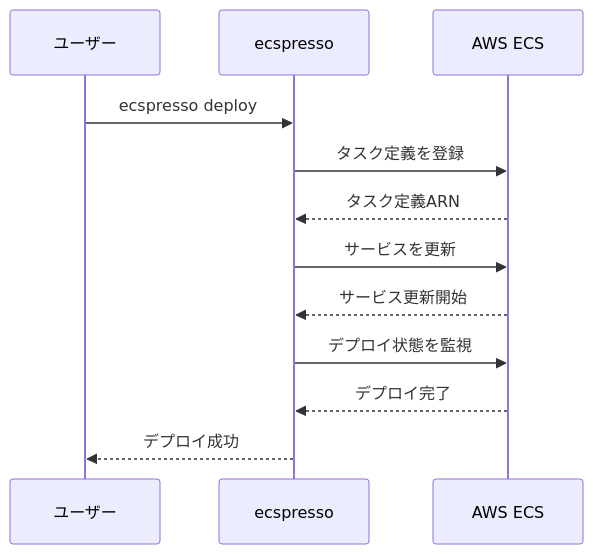
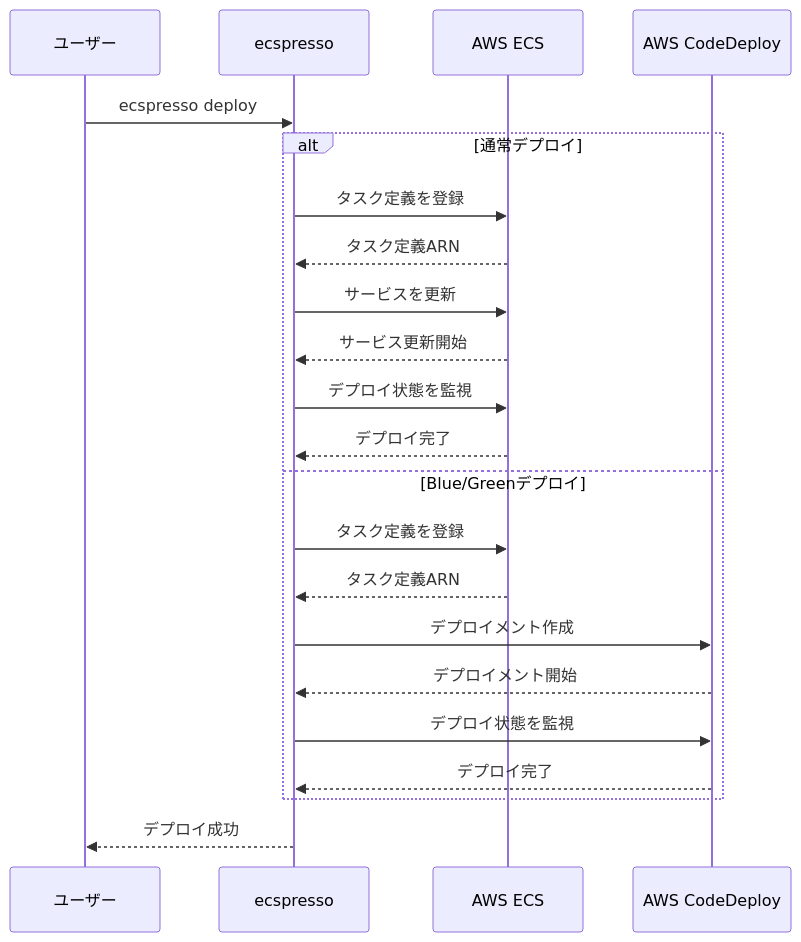
The diagram in ecspresso/commands/deployment.md (bufferings/devin-docs), drawn with Mermaid before and after one commit. The commit also changed other lines of this file and 5 other files, not shown here.

````diff
--- a/ecspresso/commands/deployment.md
+++ b/ecspresso/commands/deployment.md
@@ -105,15 +142,27 @@
 ```mermaid
 sequenceDiagram
     participant User as ユーザー
     participant Ecspresso as ecspresso
     participant AWS as AWS ECS
+    participant CD as AWS CodeDeploy
     
     User->>Ecspresso: ecspresso deploy
-    Ecspresso->>AWS: タスク定義を登録
-    AWS-->>Ecspresso: タスク定義ARN
-    Ecspresso->>AWS: サービスを更新
-    AWS-->>Ecspresso: サービス更新開始
-    Ecspresso->>AWS: デプロイ状態を監視
-    AWS-->>Ecspresso: デプロイ完了
+    
+    alt 通常デプロイ
+        Ecspresso->>AWS: タスク定義を登録
+        AWS-->>Ecspresso: タスク定義ARN
+        Ecspresso->>AWS: サービスを更新
+        AWS-->>Ecspresso: サービス更新開始
+        Ecspresso->>AWS: デプロイ状態を監視
+        AWS-->>Ecspresso: デプロイ完了
+    else Blue/Greenデプロイ
+        Ecspresso->>AWS: タスク定義を登録
+        AWS-->>Ecspresso: タスク定義ARN
+        Ecspresso->>CD: デプロイメント作成
+        CD-->>Ecspresso: デプロイメント開始
+        Ecspresso->>CD: デプロイ状態を監視
+        CD-->>Ecspresso: デプロイ完了
+    end
+    
     Ecspresso-->>User: デプロイ成功
 ```
````
